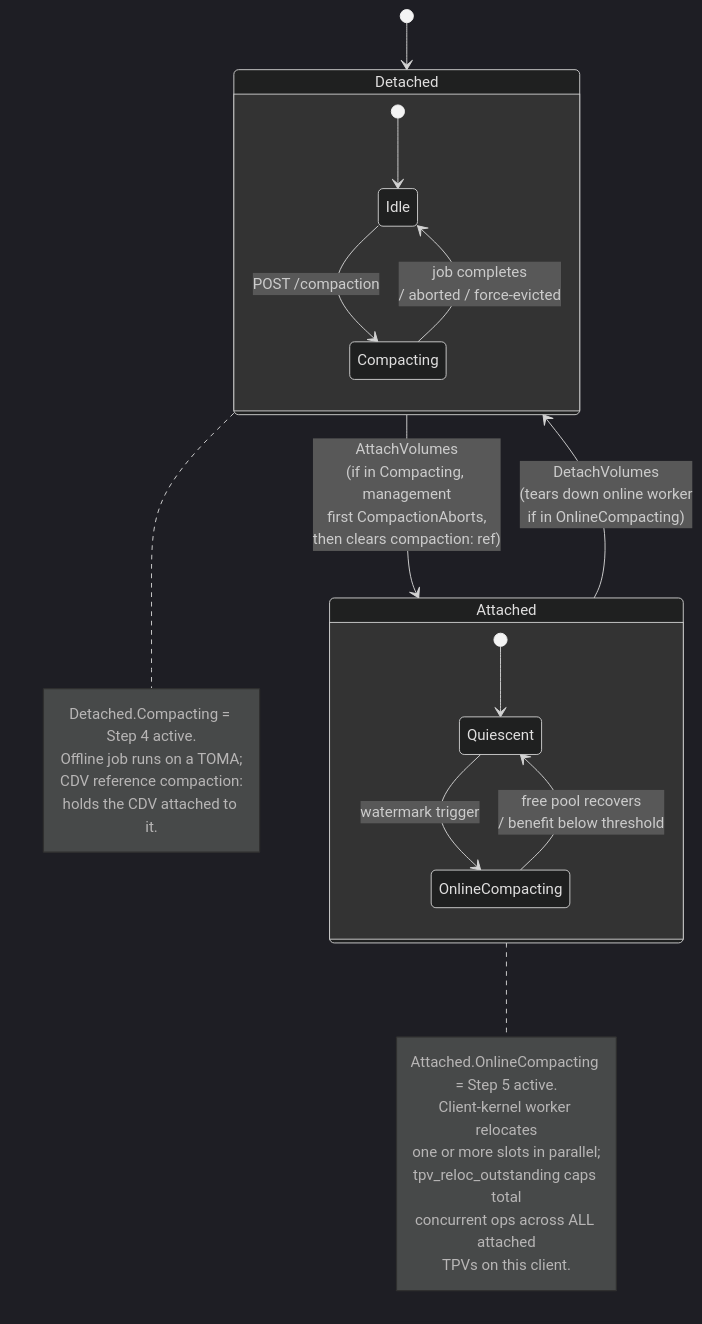
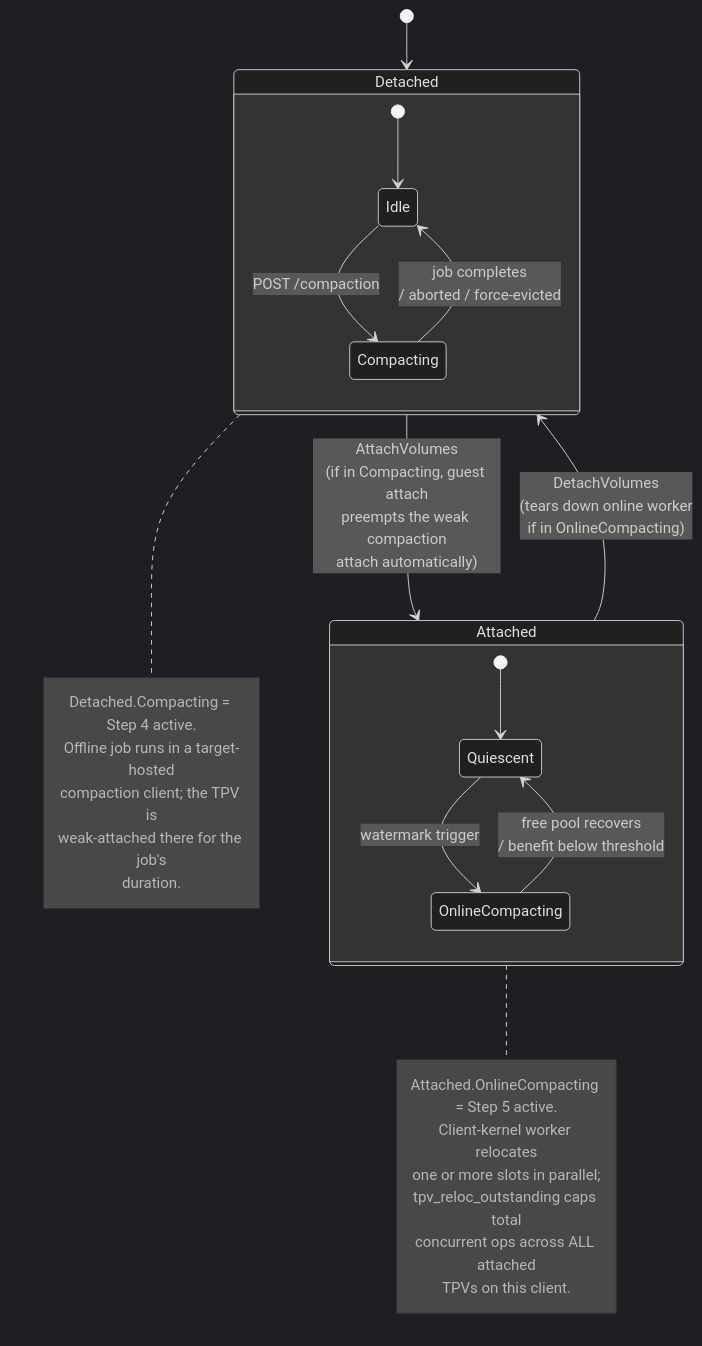
One commit to NVIDIA/nvmesh-kernel changed the fourth of 4 diagrams in design/TPV_Trimming.md. Above: the diagram before and after it, drawn with Mermaid (dark theme). The commit also changed other lines of this file, not shown here.

First line of the commit message:
[NVMESH-8529] docs (design): rewrite Step 4 as client-driven offline compaction

````diff
--- a/design/TPV_Trimming.md
+++ b/design/TPV_Trimming.md
@@ -1669,35 +1974,36 @@
 ```mermaid
 stateDiagram-v2
     [*] --> Detached
 
     state Detached {
         [*] --> Idle
         Idle --> Compacting: POST /compaction
         Compacting --> Idle: job completes<br/>/ aborted / force-evicted
     }
 
     state Attached {
         [*] --> Quiescent
         Quiescent --> OnlineCompacting: watermark trigger
         OnlineCompacting --> Quiescent: free pool recovers<br/>/ benefit below threshold
     }
 
-    Detached --> Attached: AttachVolumes<br/>(if in Compacting, management<br/>first CompactionAborts,<br/>then clears compaction: ref)
+    Detached --> Attached: AttachVolumes<br/>(if in Compacting, guest attach<br/>preempts the weak compaction<br/>attach automatically)
     Attached --> Detached: DetachVolumes<br/>(tears down online worker<br/>if in OnlineCompacting)
 
     note right of Detached
         Detached.Compacting = Step 4 active.
-        Offline job runs on a TOMA;
-        CDV reference compaction:<tpvUUID>
-        holds the CDV attached to it.
+        Offline job runs in a target-hosted
+        compaction client; the TPV is
+        weak-attached there for the job's
+        duration.
     end note
 
     note right of Attached
         Attached.OnlineCompacting = Step 5 active.
         Client-kernel worker relocates
         one or more slots in parallel;
         tpv_reloc_outstanding caps total
         concurrent ops across ALL attached
         TPVs on this client.
     end note
 ```
````
